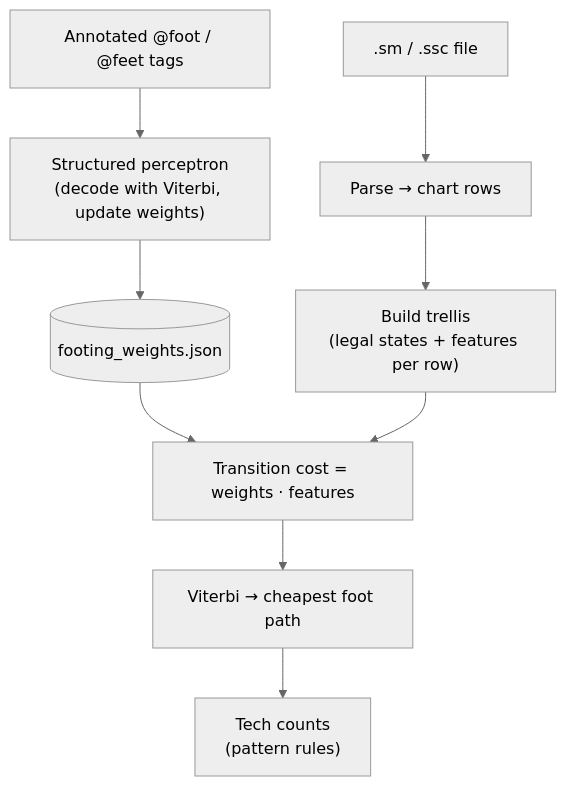
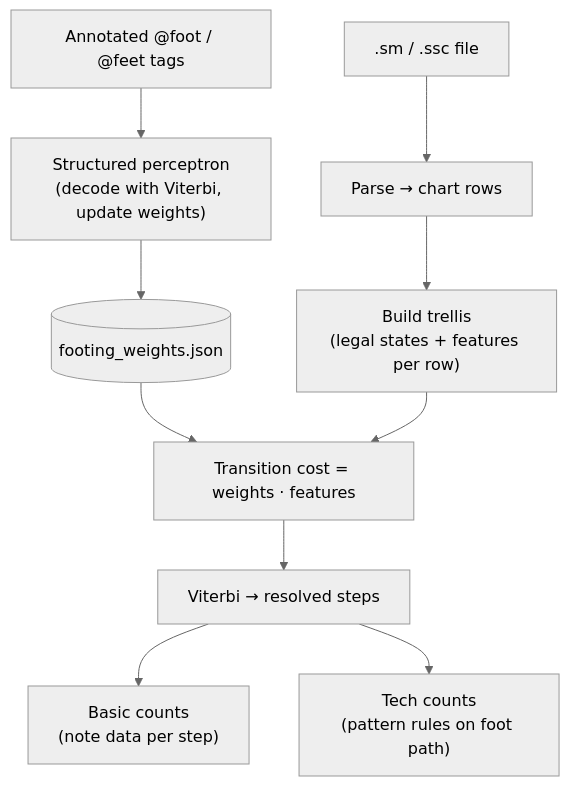
Before and after one commit to brandonabear/patternity: the diagram in README.md, drawn with Mermaid (neutral theme). The commit also changed 3 other files, not shown here.

Commit message:
Basic counts from resolved footing

````diff
--- a/README.md
+++ b/README.md
@@ -16,12 +16,13 @@
 ```mermaid
 flowchart TD
     file[".sm / .ssc file"] --> parse["Parse → chart rows"]
     parse --> trellis["Build trellis<br/>(legal states + features per row)"]
     weights[("footing_weights.json")] --> score["Transition cost = weights · features"]
     trellis --> score
-    score --> viterbi["Viterbi → cheapest foot path"]
-    viterbi --> tech["Tech counts<br/>(pattern rules)"]
+    score --> viterbi["Viterbi → resolved steps"]
+    viterbi --> basic["Basic counts<br/>(note data per step)"]
+    viterbi --> tech["Tech counts<br/>(pattern rules on foot path)"]
 
     tags["Annotated @foot / @feet tags"] --> train["Structured perceptron<br/>(decode with Viterbi, update weights)"]
     train --> weights
 ```
````
